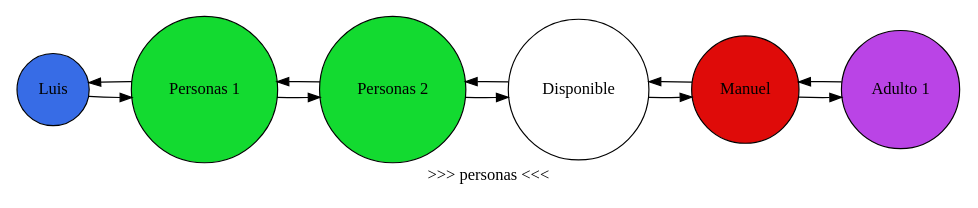
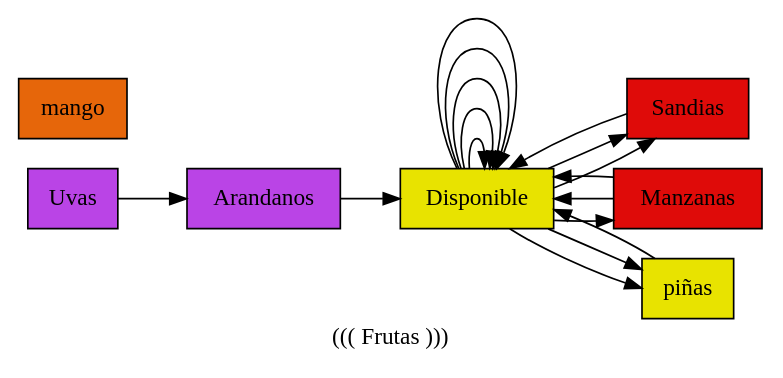
The diagram in Imagen_Reporte.gv (bram814/-LFP-Proyecto2_201800937), drawn with Graphviz before and after one commit. The commit also changed 5 other files, not shown here.

```diff
--- a/Imagen_Reporte.gv
+++ b/Imagen_Reporte.gv
@@ -1,21 +1,37 @@
 digraph Imagen_Reporte {
 	rankdir=LR size="8,5"
-	node [shape=circle]
-	Luis [fillcolor="#376ce6" style=filled]
-	"Personas 1" [fillcolor="#13da30" style=filled]
-	"Personas 2" [fillcolor="#13da30" style=filled]
-	Disponible [fillcolor="#ffffff" style=filled]
-	Manuel [fillcolor="#df0b09" style=filled]
-	"Adulto 1" [fillcolor="#ba44e6" style=filled]
-	Luis -> "Personas 1" [label=""]
-	"Personas 1" -> Luis [label=""]
-	"Personas 1" -> "Personas 2" [label=""]
-	"Personas 2" -> "Personas 1" [label=""]
-	"Personas 2" -> Disponible [label=""]
-	Disponible -> "Personas 2" [label=""]
-	Disponible -> Manuel [label=""]
-	Manuel -> Disponible [label=""]
-	Manuel -> "Adulto 1" [label=""]
-	"Adulto 1" -> Manuel [label=""]
-	label=">>> personas <<<"
+	node [shape=rectangle]
+	Uvas [fillcolor="#ba44e6" style=filled]
+	Arandanos [fillcolor="#ba44e6" style=filled]
+	Disponible [fillcolor="#e8e300" style=filled]
+	Disponible [fillcolor="#e8e300" style=filled]
+	Sandias [fillcolor="#df0b09" style=filled]
+	Disponible [fillcolor="#df0b09" style=filled]
+	Manzanas [fillcolor="#df0b09" style=filled]
+	Disponible [fillcolor="#e8e300" style=filled]
+	Disponible [fillcolor="#e8e300" style=filled]
+	Disponible [fillcolor="#e8e300" style=filled]
+	"piñas" [fillcolor="#e8e300" style=filled]
+	Disponible [fillcolor="#e8e300" style=filled]
+	Disponible [fillcolor="#e8e300" style=filled]
+	Disponible [fillcolor="#e8e300" style=filled]
+	Disponible [fillcolor="#e8e300" style=filled]
+	mango [fillcolor="#e6660a" style=filled]
+	Uvas -> Arandanos [label=""]
+	Arandanos -> Disponible [label=""]
+	Disponible -> Disponible [label=""]
+	Disponible -> Sandias [label=""]
+	Disponible -> Sandias [label=""]
+	Sandias -> Disponible [label=""]
+	Disponible -> Manzanas [label=""]
+	Manzanas -> Disponible [label=""]
+	Manzanas -> Disponible [label=""]
+	Disponible -> Disponible [label=""]
+	Disponible -> Disponible [label=""]
+	Disponible -> "piñas" [label=""]
+	Disponible -> "piñas" [label=""]
+	"piñas" -> Disponible [label=""]
+	Disponible -> Disponible [label=""]
+	Disponible -> Disponible [label=""]
+	label="((( Frutas )))"
 }
```
